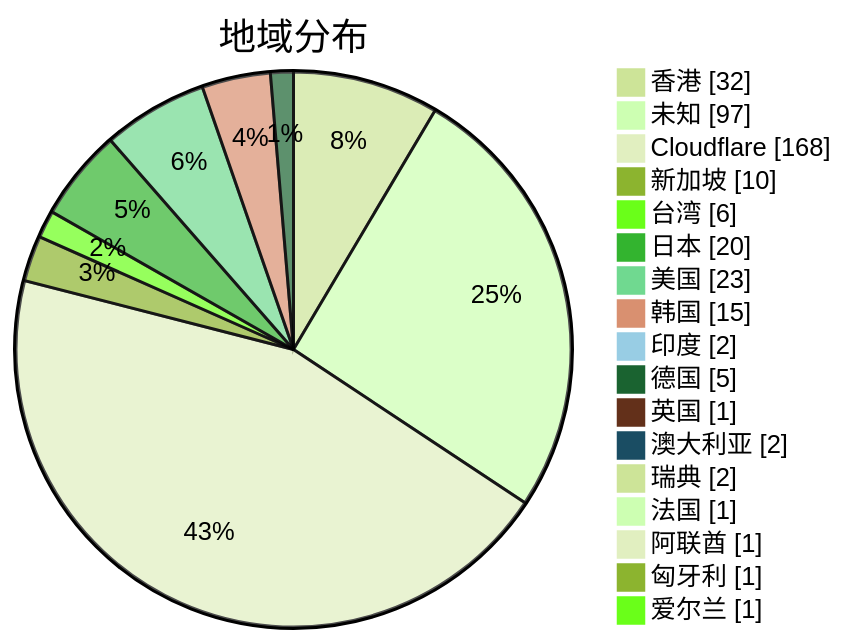
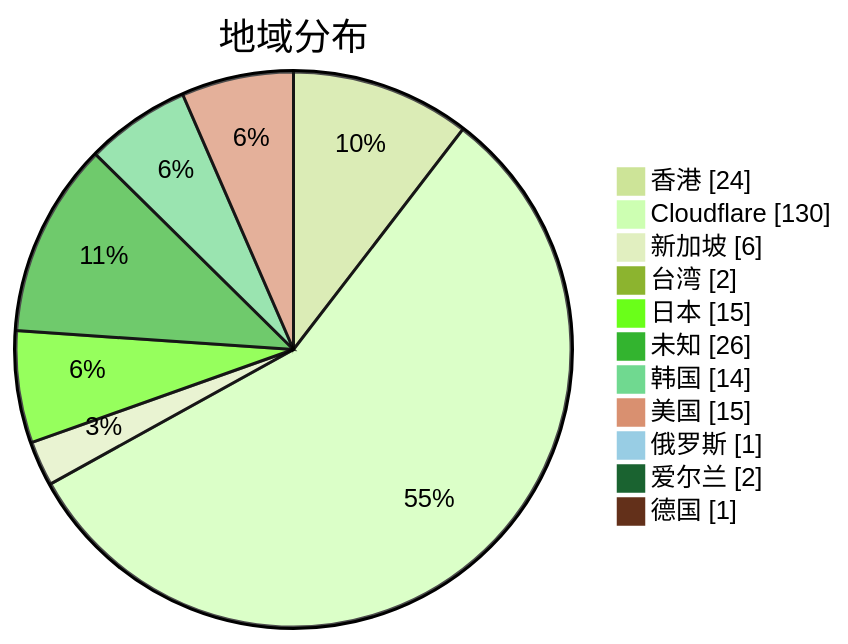
Before and after one commit to qjlxg/airport: the second of 3 diagrams in subs/statistics/tested_within.md, drawn with Mermaid (forest theme). The commit also changed other lines of this file and 2 other files, not shown here.

Commit message:
Tested by metaST

````diff
--- a/subs/statistics/tested_within.md
+++ b/subs/statistics/tested_within.md
@@ -14,21 +12,15 @@
 ```mermaid
 pie showData
 title 地域分布
-"香港" : 32
-"未知" : 97
-"Cloudflare" : 168
-"新加坡" : 10
-"台湾" : 6
-"日本" : 20
-"美国" : 23
-"韩国" : 15
-"印度" : 2
-"德国" : 5
-"英国" : 1
-"澳大利亚" : 2
-"瑞典" : 2
-"法国" : 1
-"阿联酋" : 1
-"匈牙利" : 1
-"爱尔兰" : 1
+"香港" : 24
+"Cloudflare" : 130
+"新加坡" : 6
+"台湾" : 2
+"日本" : 15
+"未知" : 26
+"韩国" : 14
+"美国" : 15
+"俄罗斯" : 1
+"爱尔兰" : 2
+"德国" : 1
 ```
````
